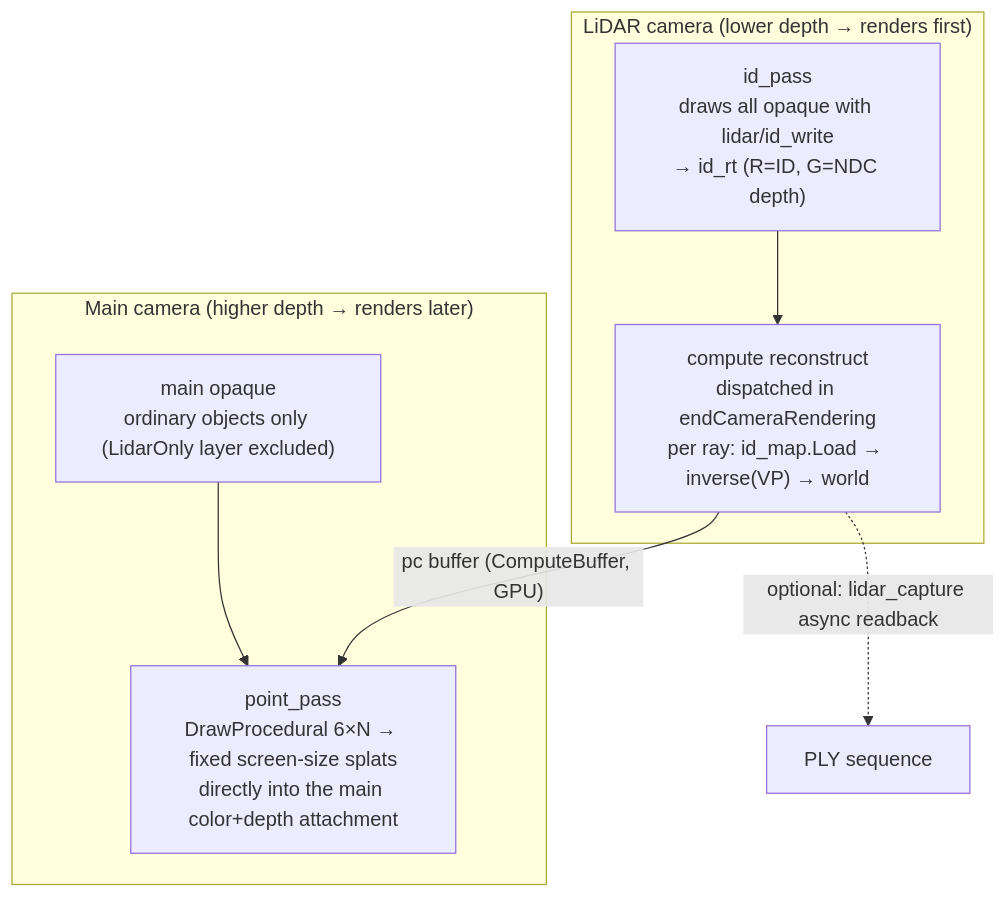
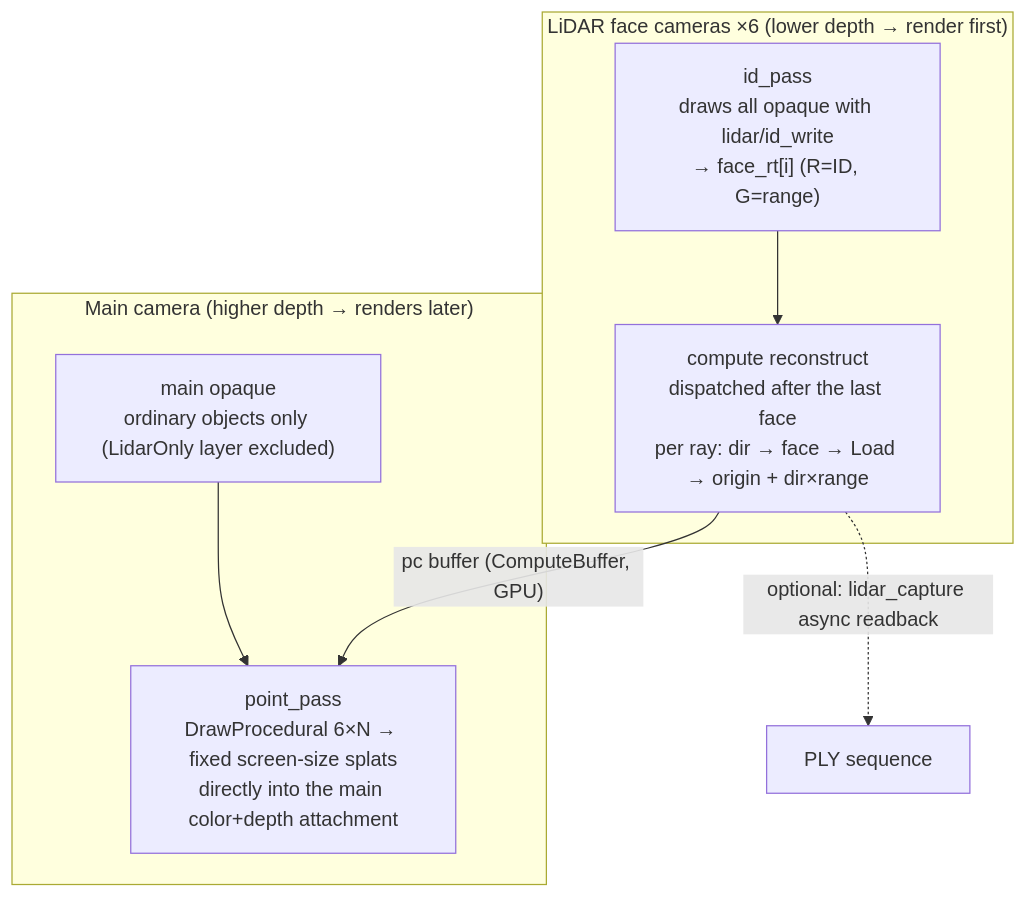
Before and after one commit to wonhotoss/LiDAR-mimic: the diagram in unity/README.md, drawn with Mermaid. The commit also changed other lines of this file and 16 other files, not shown here.

````diff
--- a/unity/README.md
+++ b/unity/README.md
@@ -35,15 +35,15 @@
 ```mermaid
 flowchart TD
-    subgraph LC["LiDAR camera (lower depth → renders first)"]
-        L1["id_pass<br/>draws all opaque with lidar/id_write<br/>→ id_rt (R=ID, G=NDC depth)"]
-        L2["compute reconstruct<br/>dispatched in endCameraRendering<br/>per ray: id_map.Load → inverse(VP) → world"]
+    subgraph LC["LiDAR face cameras ×6 (lower depth → render first)"]
+        L1["id_pass<br/>draws all opaque with lidar/id_write<br/>→ face_rt[i] (R=ID, G=range)"]
+        L2["compute reconstruct<br/>dispatched after the last face<br/>per ray: dir → face → Load → origin + dir×range"]
         L1 --> L2
     end
     subgraph MC["Main camera (higher depth → renders later)"]
         M1["main opaque<br/>ordinary objects only (LidarOnly layer excluded)"]
         M2["point_pass<br/>DrawProcedural 6×N → fixed screen-size splats<br/>directly into the main color+depth attachment"]
         M1 --> M2
     end
     L2 -->|"pc buffer (ComputeBuffer, GPU)"| M2
     L2 -.->|"optional: lidar_capture async readback"| CAP["PLY sequence"]
 ```
````
